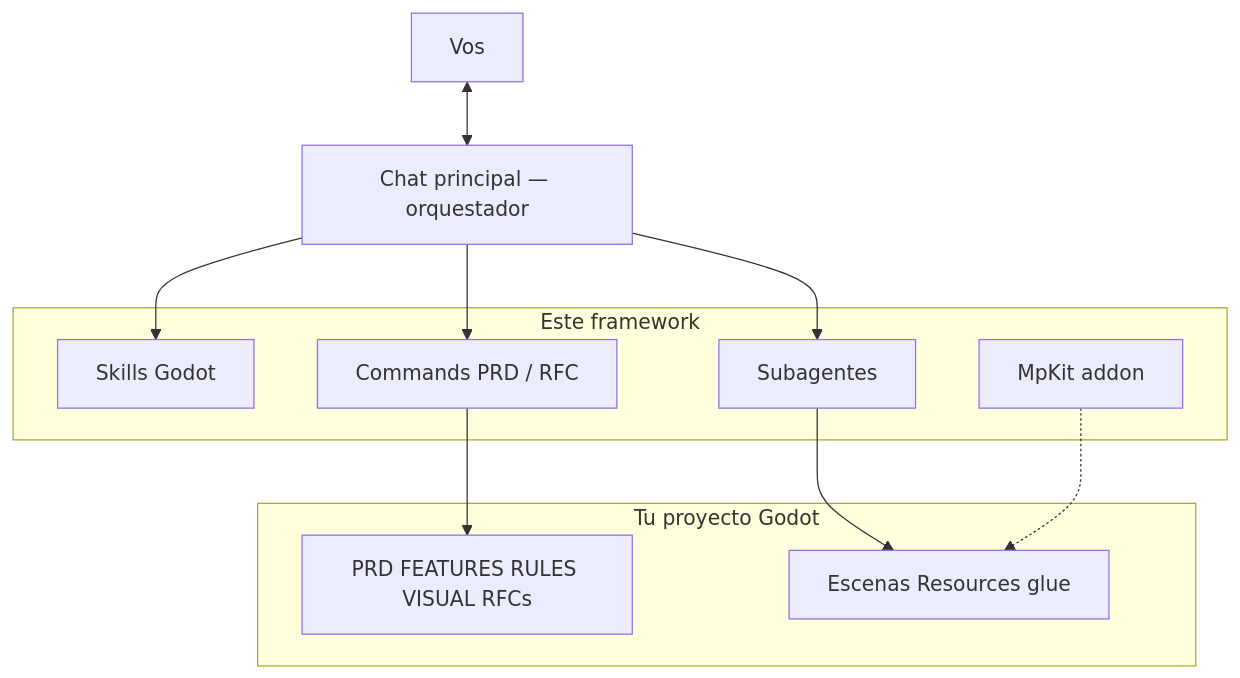
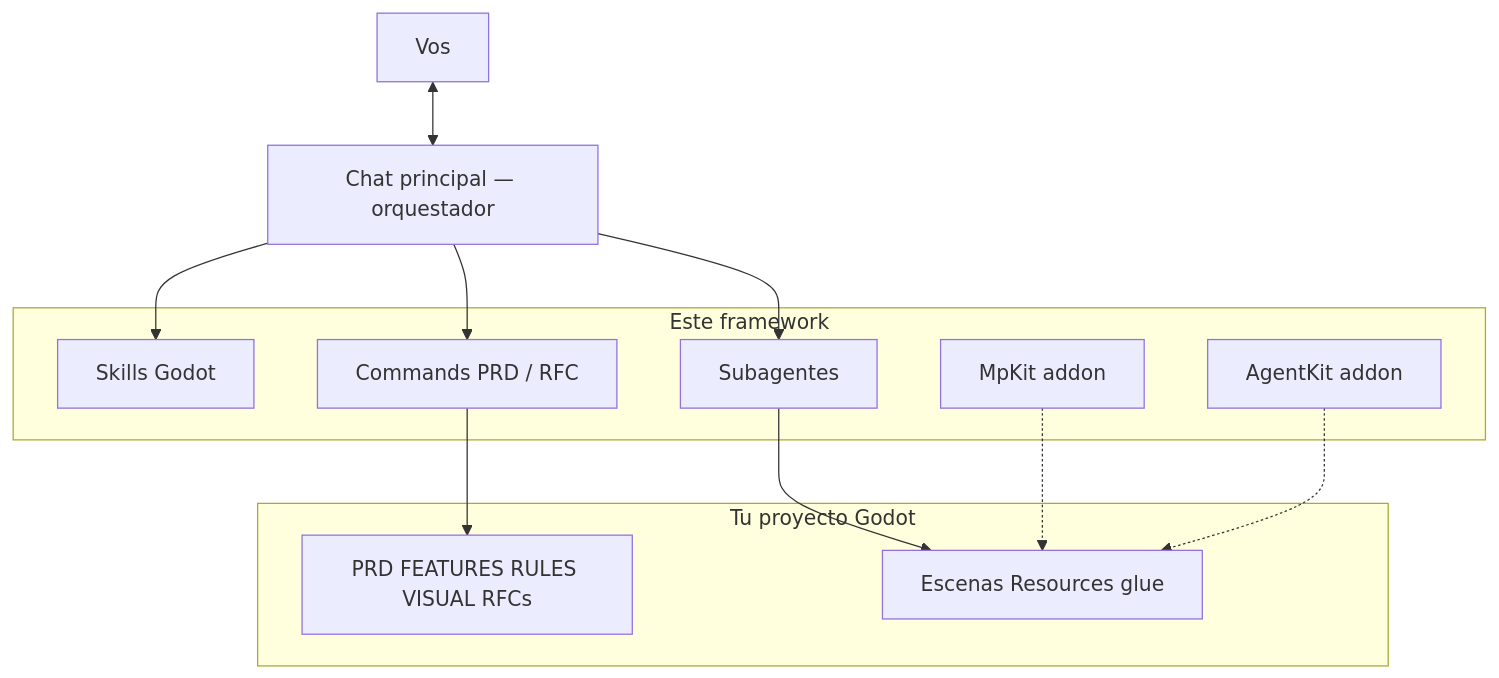
Before and after one commit to Joelnicolass/godot-studio-skills: the first of 4 diagrams in README.md, drawn with Mermaid. The commit also changed other lines of this file and 51 other files, not shown here.

Commit message:
Add AgentKit for agent screenshots, UI flows, HTTP, inspect, and PNG diffs.

````diff
--- a/README.md
+++ b/README.md
@@ -40,26 +41,28 @@
 ```mermaid
 flowchart TB
   you[Vos]
   orch[Chat principal — orquestador]
 
   you <--> orch
 
   subgraph kit [Este framework]
     skills[Skills Godot]
     cmds[Commands PRD / RFC]
     agents[Subagentes]
     mpkit[MpKit addon]
+    agentkit[AgentKit addon]
   end
 
   subgraph game [Tu proyecto Godot]
     arts[PRD FEATURES RULES VISUAL RFCs]
     code[Escenas Resources glue]
   end
 
   orch --> skills
   orch --> cmds
   cmds --> arts
   orch --> agents
   agents --> code
   mpkit -.-> code
+  agentkit -.-> code
 ```
````
